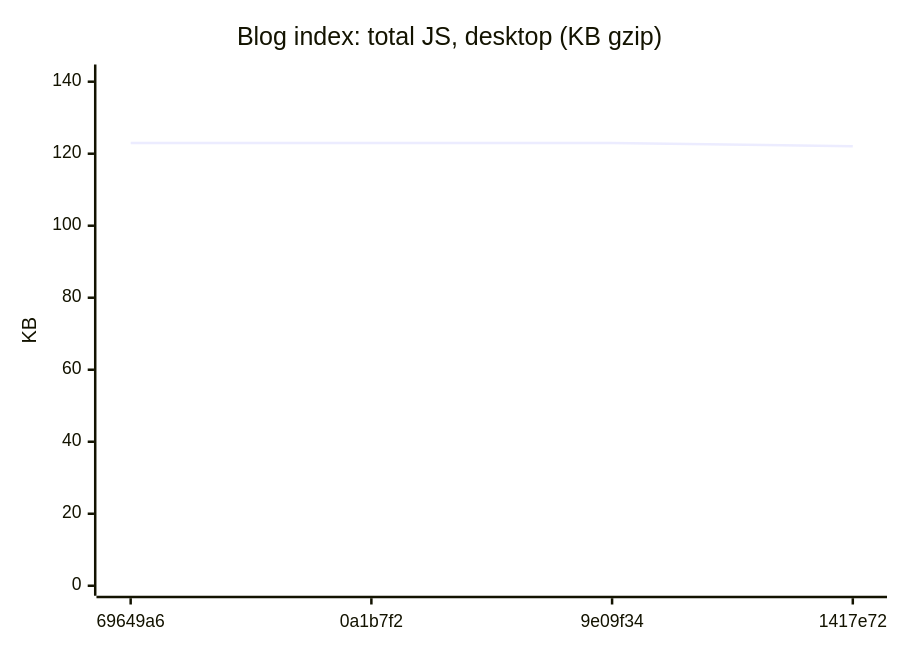
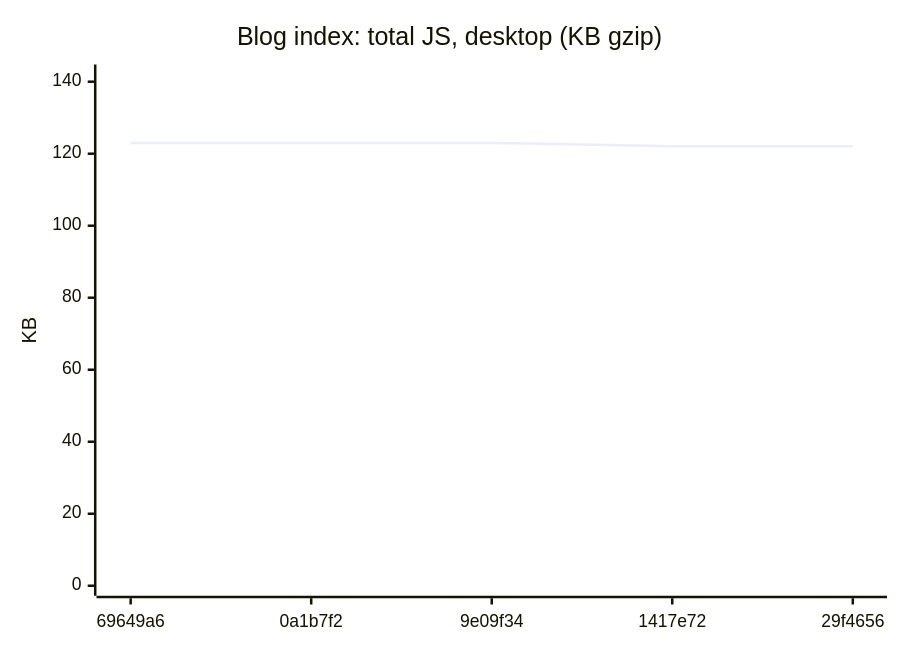
Before and after one commit to AxelUser/maltsev.space: the third of 18 diagrams in README.md, drawn with Mermaid. The commit also changed other lines of this file and 1 other file, not shown here.

````diff
--- a/README.md
+++ b/README.md
@@ -53,7 +53,7 @@
 ```mermaid
 xychart-beta
   title "Blog index: total JS, desktop (KB gzip)"
-  x-axis ["69649a6", "0a1b7f2", "9e09f34", "1417e72"]
+  x-axis ["69649a6", "0a1b7f2", "9e09f34", "1417e72", "29f4656"]
   y-axis "KB" 0 --> 142
-  line [123, 123, 123, 122.1]
+  line [123, 123, 123, 122.1, 122.1]
 ```
````
